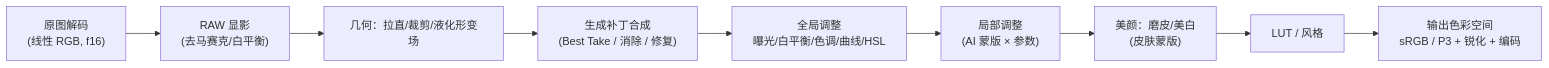
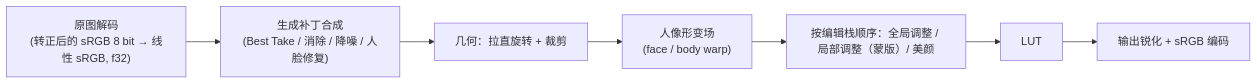
One commit to harveyxiacn/imagePicker changed the fourth of 4 diagrams in docs/02-架构设计.md. Above: the diagram before and after it, drawn with Mermaid. The commit also changed other lines of this file and 12 other files, not shown here.

````diff
--- a/docs/02-架构设计.md
+++ b/docs/02-架构设计.md
@@ -186,11 +197,9 @@
 ```mermaid
 flowchart LR
-    SRC["原图解码<br/>(线性 RGB, f16)"] --> RAWDEV["RAW 显影<br/>(去马赛克/白平衡)"]
-    RAWDEV --> GEO["几何：拉直/裁剪/液化形变场"]
-    GEO --> PATCH["生成补丁合成<br/>(Best Take / 消除 / 修复)"]
-    PATCH --> GLOBAL["全局调整<br/>曝光/白平衡/色调/曲线/HSL"]
-    GLOBAL --> LOCAL["局部调整<br/>(AI 蒙版 × 参数)"]
-    LOCAL --> BEAUTY["美颜：磨皮/美白<br/>(皮肤蒙版)"]
-    BEAUTY --> LUT["LUT / 风格"]
-    LUT --> OUT["输出色彩空间<br/>sRGB / P3 + 锐化 + 编码"]
+    SRC["原图解码<br/>(转正后的 sRGB 8 bit → 线性 sRGB, f32)"] --> PATCH["生成补丁合成<br/>(Best Take / 消除 / 降噪 / 人脸修复)"]
+    PATCH --> GEO["几何：拉直旋转 + 裁剪"]
+    GEO --> WARP["人像形变场<br/>(face / body warp)"]
+    WARP --> OPS["按编辑栈顺序：全局调整 / 局部调整（蒙版）/ 美颜"]
+    OPS --> LUT["LUT"]
+    LUT --> OUT["输出锐化 + sRGB 编码"]
 ```
````
